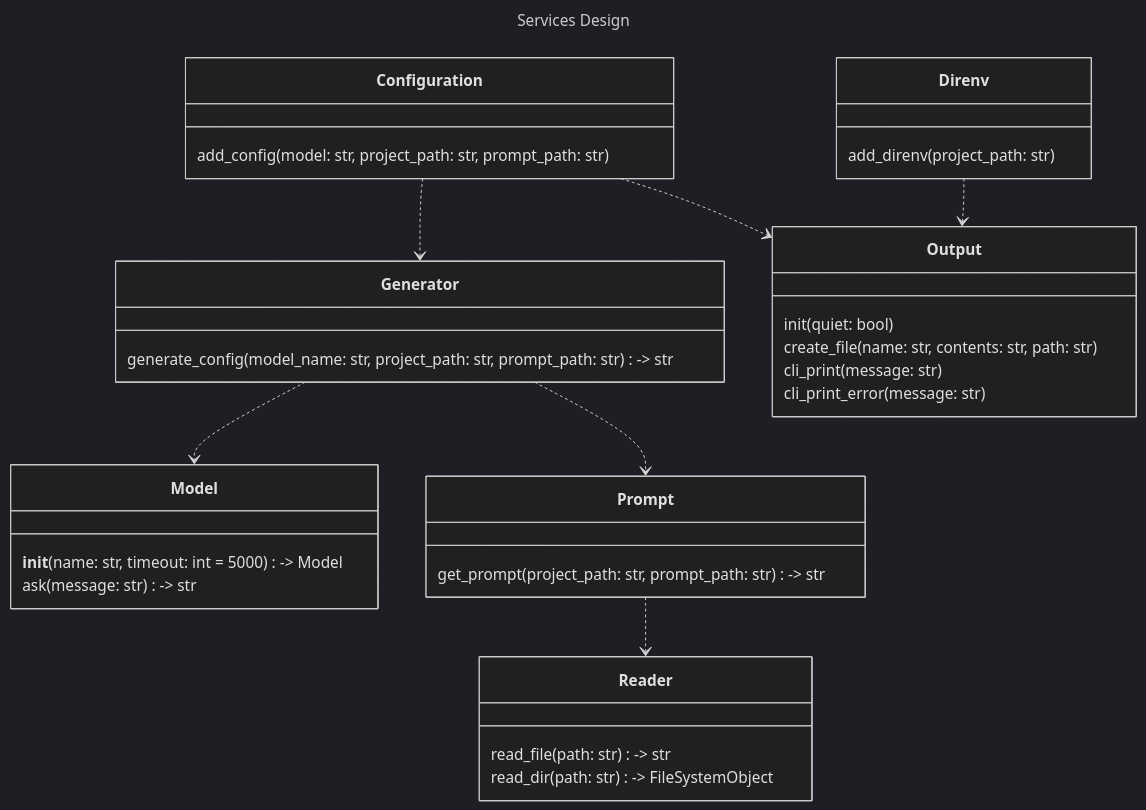
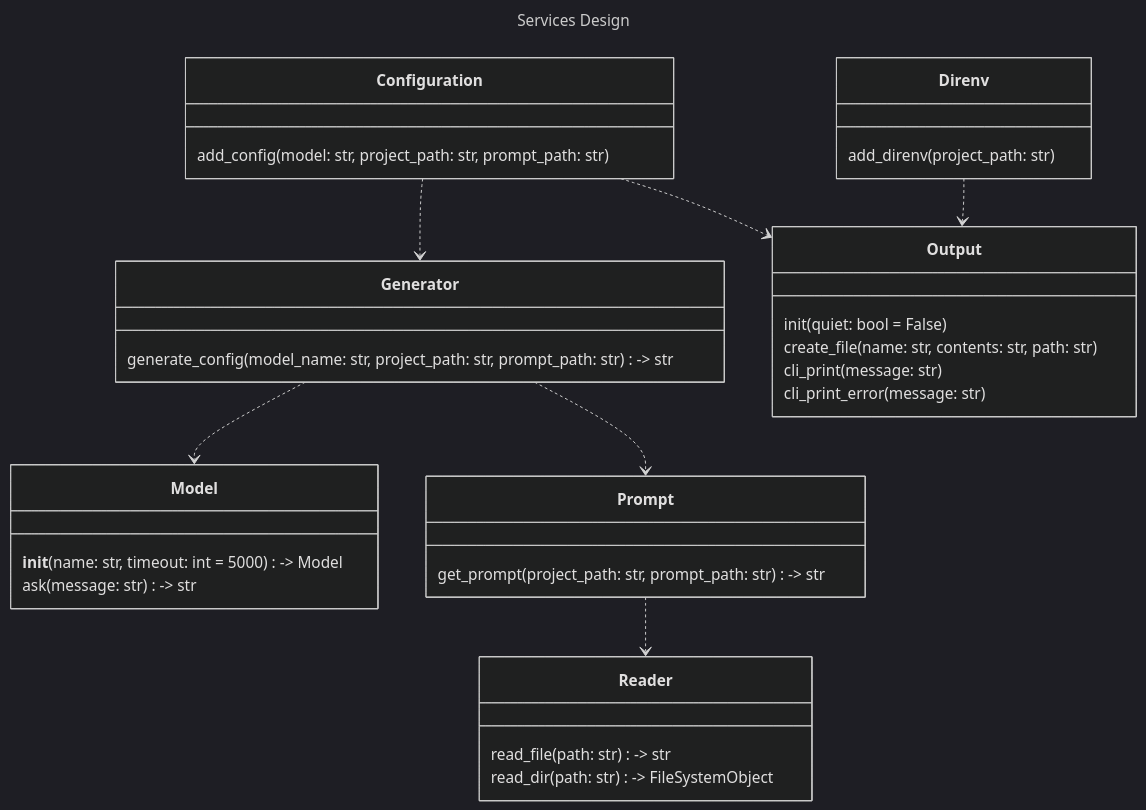
One commit to Oldranda1414/AutoDev changed the diagram in docs/assets/src/services_design.mmd. Above: the diagram before and after it, drawn with Mermaid (dark theme). The commit also changed 1 other file, not shown here.

```diff
--- a/docs/assets/src/services_design.mmd
+++ b/docs/assets/src/services_design.mmd
@@ -1,53 +1,53 @@
 ---
 title: Services Design
 ---
 classDiagram
 
     class Configuration {
         add_config(model: str, project_path: str, prompt_path: str) 
 %% pseudo code: 
 %%     def add_config(model, project_path, prompt_path):
 %%         contents = Generator.generate_config(model, project_path, prompt_path)
 %%         Output.create_file("flake.nix", contents)
     }
 
     class Direnv {
         add_direnv(project_path: str)
     }
 
     class Generator {
         generate_config(model_name: str, project_path: str, prompt_path: str) -> str
 %% pseudo code: 
-%%     def generateConfig(model_name, project_path, prompt_path):
+%%     def generate_config(model_name, project_path, prompt_path):
 %%         model = Model(model)
-%%         message = Prompt.getPrompt(project_path, prompt_path)
+%%         message = Prompt.get_prompt(project_path, prompt_path)
 %%         return model.ask(message)
     }
 
     class Model {
         __init__(name: str, timeout: int = 5000) -> Model
         ask(message: str) -> str
     }
 
     class Prompt {
         get_prompt(project_path: str, prompt_path: str) -> str
     }
 
     class Output {
-        init(quiet: bool)
+        init(quiet: bool = False)
         create_file(name: str, contents: str, path: str)
         cli_print(message: str)
         cli_print_error(message: str)
     }
 
     class Reader {
         read_file(path: str) -> str
         read_dir(path: str) -> FileSystemObject
     }
 
     Direnv ..> Output
     Configuration ..> Output
     Configuration ..> Generator
     Generator ..> Model
     Generator ..> Prompt
     Prompt ..> Reader
```
